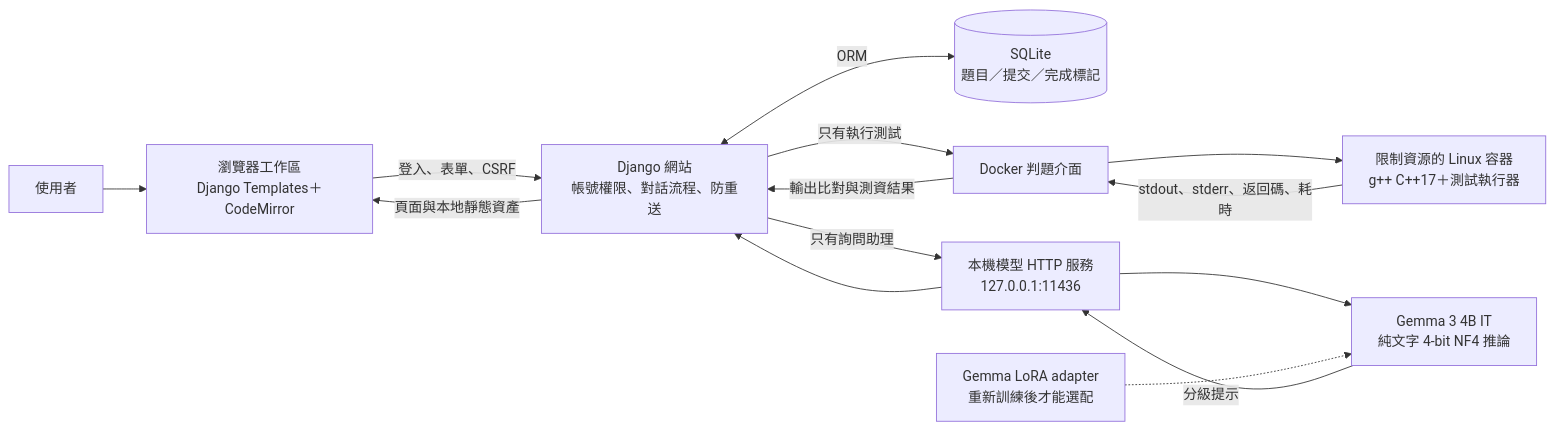
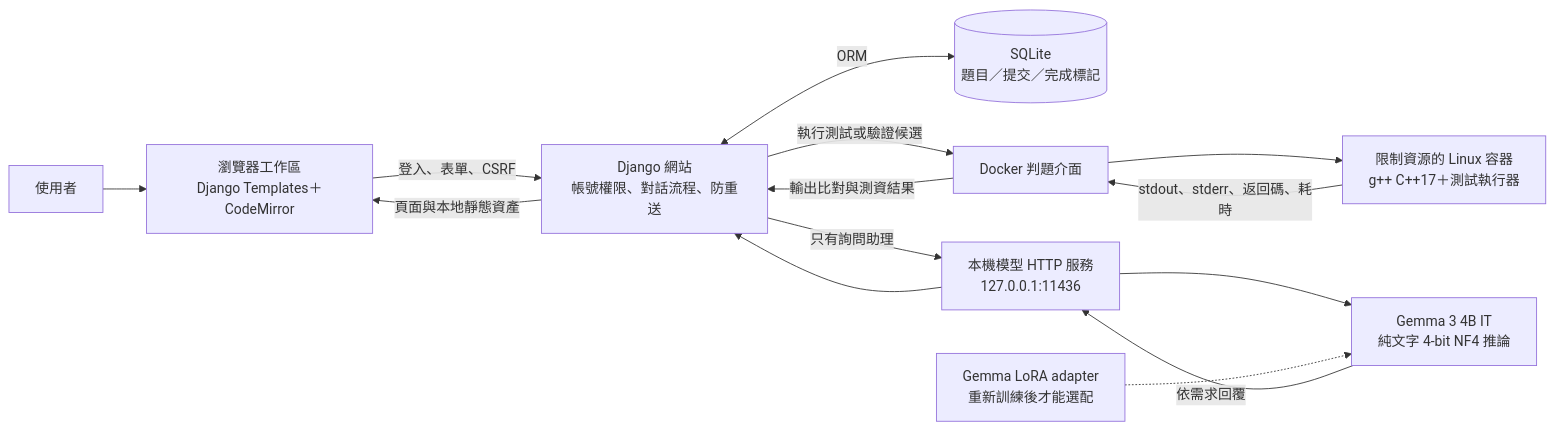
The second of 6 diagrams in docs/FLOWCHARTS.md (yuu1026/CPE-Coach), drawn with Mermaid before and after one commit. The commit also changed other lines of this file and 29 other files, not shown here.

````diff
--- a/docs/FLOWCHARTS.md
+++ b/docs/FLOWCHARTS.md
@@ -35,16 +35,16 @@
 ```mermaid
 flowchart LR
     U["使用者"] --> W["瀏覽器工作區<br/>Django Templates＋CodeMirror"]
     W -->|登入、表單、CSRF| D["Django 網站<br/>帳號權限、對話流程、防重送"]
     D <-->|ORM| DB[("SQLite<br/>題目／提交／完成標記")]
-    D -->|只有執行測試| J["Docker 判題介面"]
+    D -->|執行測試或驗證候選| J["Docker 判題介面"]
     J --> C["限制資源的 Linux 容器<br/>g++ C++17＋測試執行器"]
     C -->|stdout、stderr、返回碼、耗時| J
     J -->|輸出比對與測資結果| D
     D -->|只有詢問助理| M["本機模型 HTTP 服務<br/>127.0.0.1:11436"]
     M --> T["Gemma 3 4B IT<br/>純文字 4-bit NF4 推論"]
     L["Gemma LoRA adapter<br/>重新訓練後才能選配"] -.-> T
-    T -->|分級提示| M
+    T -->|依需求回覆| M
     M --> D
     D -->|頁面與本地靜態資產| W
 ```
````
